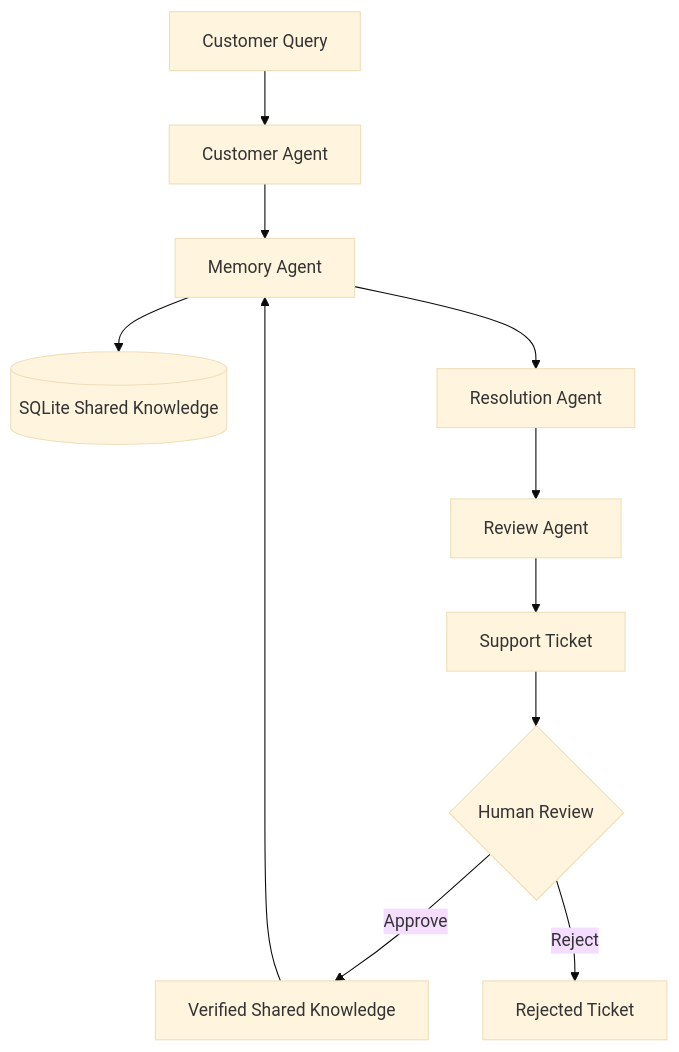
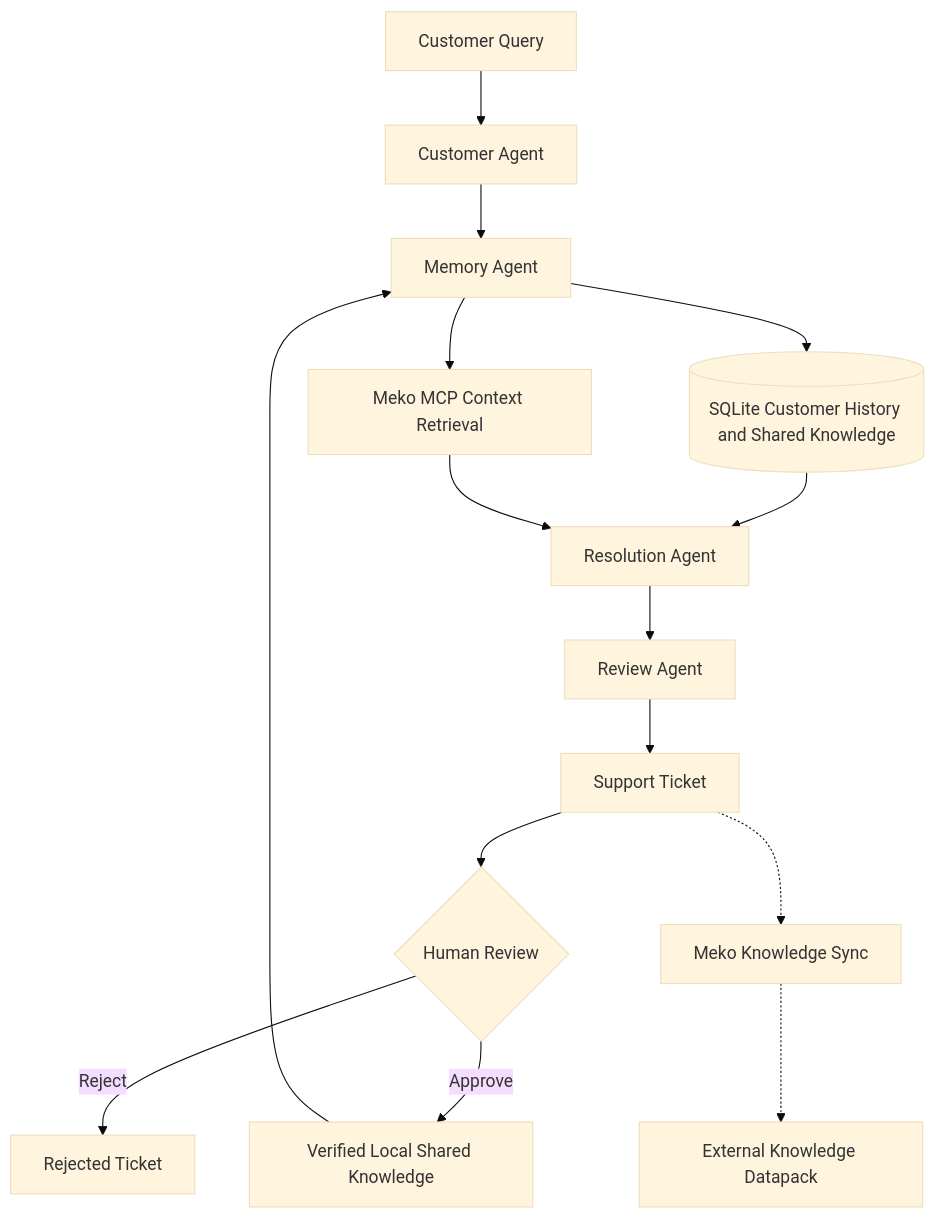
One commit to arish096/SupportMind-AI changed the diagram in README.md. Above: the diagram before and after it, drawn with Mermaid (base theme). The commit also changed other lines of this file, not shown here.

````diff
--- a/README.md
+++ b/README.md
@@ -67,13 +80,23 @@
 ```mermaid
 flowchart TD
     A[Customer Query] --> B[Customer Agent]
     B --> C[Memory Agent]
-    C --> D[(SQLite Shared Knowledge)]
-    C --> E[Resolution Agent]
+
+    C --> D[(SQLite Customer History and Shared Knowledge)]
+    C --> M[Meko MCP Context Retrieval]
+
+    D --> E[Resolution Agent]
+    M --> E
+
     E --> F[Review Agent]
     F --> G[Support Ticket]
     G --> H{Human Review}
-    H -->|Approve| I[Verified Shared Knowledge]
+
+    H -->|Approve| I[Verified Local Shared Knowledge]
     H -->|Reject| J[Rejected Ticket]
+
     I --> C
+
+    G -.-> K[Meko Knowledge Sync]
+    K -.-> L[External Knowledge Datapack]
 ```
````
